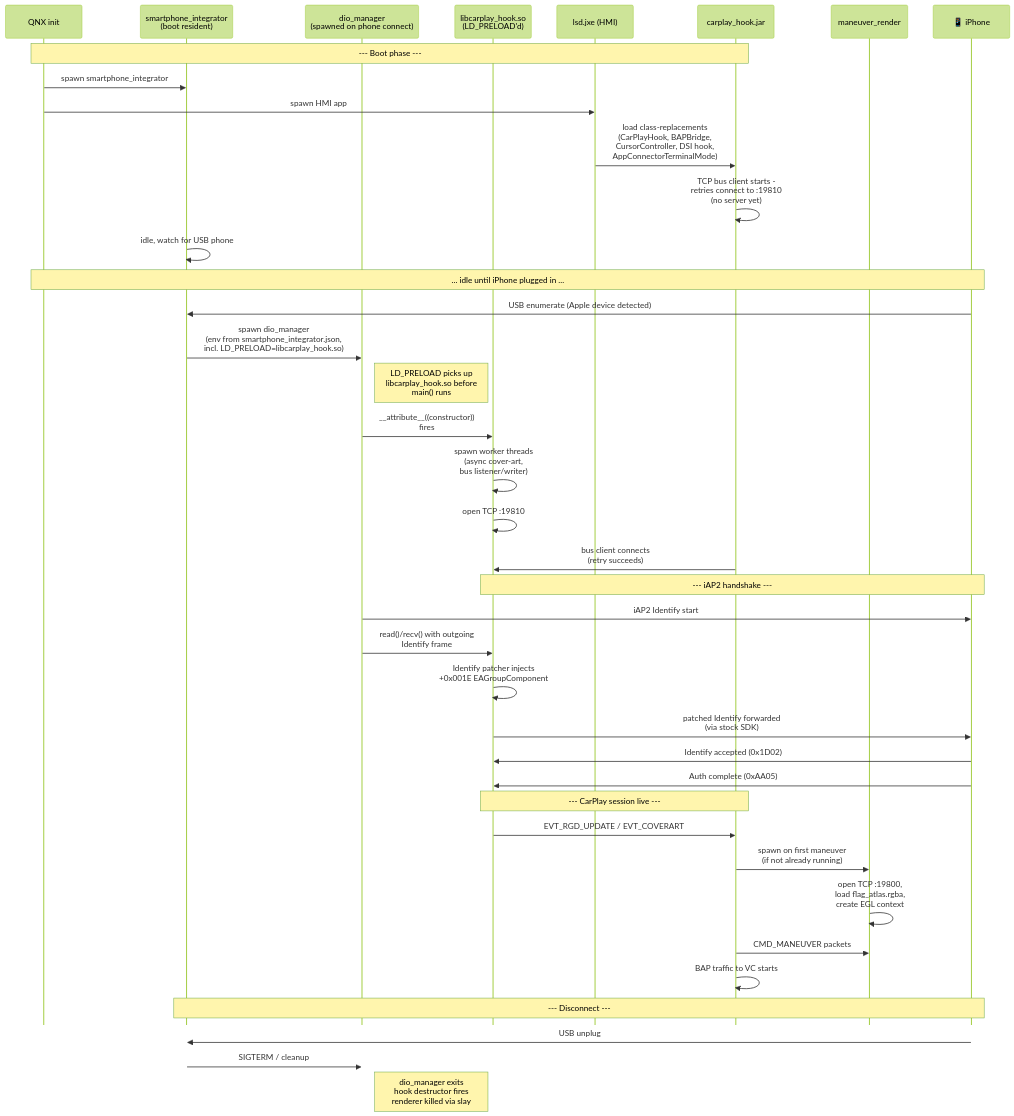
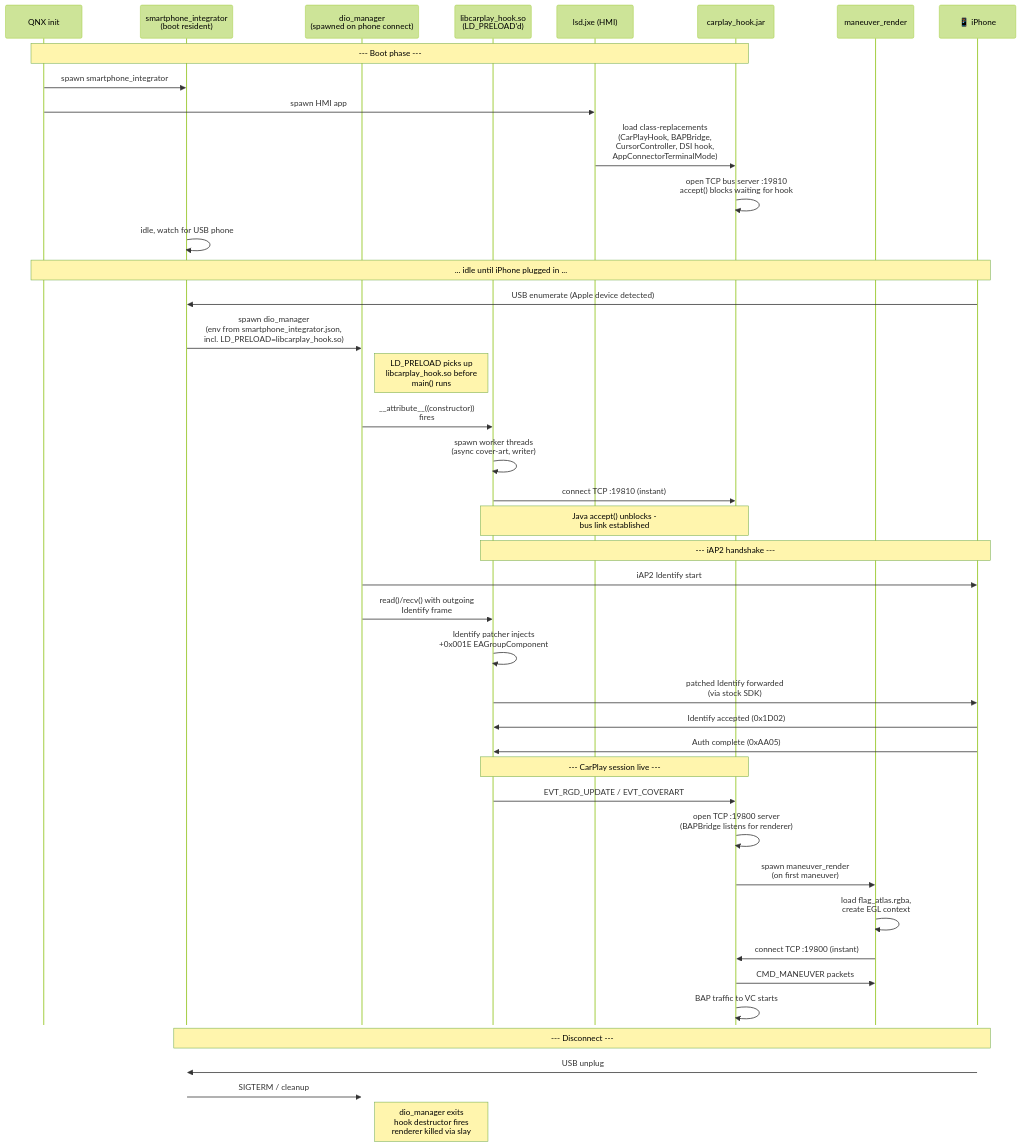
Before and after one commit to luka-dev/mib2q-carplay-rgi: the eighth of 9 diagrams in README.md, drawn with Mermaid (forest theme). The commit also changed other lines of this file and 10 other files, not shown here.

Commit message:
refactor: transition to TCP client architecture for bus communication and implement heartbeat mechanism

````diff
--- a/README.md
+++ b/README.md
@@ -662,50 +687,52 @@
 ```mermaid
 %%{init: {'sequence': {'mirrorActors': false}}}%%
 sequenceDiagram
     participant qnx as QNX init
     participant si as smartphone_integrator<br/>(boot resident)
     participant dio as dio_manager<br/>(spawned on phone connect)
     participant hook as libcarplay_hook.so<br/>(LD_PRELOAD'd)
     participant lsd as lsd.jxe (HMI)
     participant jar as carplay_hook.jar
     participant rend as maneuver_render
     participant ios as 📱 iPhone
 
     Note over qnx,jar: --- Boot phase ---
     qnx->>si: spawn smartphone_integrator
     qnx->>lsd: spawn HMI app
     lsd->>jar: load class-replacements<br/>(CarPlayHook, BAPBridge,<br/>CursorController, DSI hook,<br/>AppConnectorTerminalMode)
-    jar->>jar: TCP bus client starts -<br/>retries connect to :19810<br/>(no server yet)
+    jar->>jar: open TCP bus server :19810<br/>accept() blocks waiting for hook
     si->>si: idle, watch for USB phone
 
     Note over qnx,ios: ... idle until iPhone plugged in ...
 
     ios->>si: USB enumerate (Apple device detected)
     si->>dio: spawn dio_manager<br/>(env from smartphone_integrator.json,<br/>incl. LD_PRELOAD=libcarplay_hook.so)
     Note right of dio: LD_PRELOAD picks up<br/>libcarplay_hook.so before<br/>main() runs
     dio->>hook: __attribute__((constructor))<br/>fires
-    hook->>hook: spawn worker threads<br/>(async cover-art,<br/>bus listener/writer)
-    hook->>hook: open TCP :19810
-    jar->>hook: bus client connects<br/>(retry succeeds)
+    hook->>hook: spawn worker threads<br/>(async cover-art, writer)
+    hook->>jar: connect TCP :19810 (instant)
+    Note over hook,jar: Java accept() unblocks -<br/>bus link established
 
     Note over hook,ios: --- iAP2 handshake ---
     dio->>ios: iAP2 Identify start
     dio->>hook: read()/recv() with outgoing<br/>Identify frame
     hook->>hook: Identify patcher injects<br/>+0x001E EAGroupComponent
     hook->>ios: patched Identify forwarded<br/>(via stock SDK)
     ios->>hook: Identify accepted (0x1D02)
     ios->>hook: Auth complete (0xAA05)
 
     Note over hook,jar: --- CarPlay session live ---
 
     hook->>jar: EVT_RGD_UPDATE / EVT_COVERART
-    jar->>rend: spawn on first maneuver<br/>(if not already running)
-    rend->>rend: open TCP :19800,<br/>load flag_atlas.rgba,<br/>create EGL context
+    jar->>jar: open TCP :19800 server<br/>(BAPBridge listens for renderer)
+    jar->>rend: spawn maneuver_render<br/>(on first maneuver)
+    rend->>rend: load flag_atlas.rgba,<br/>create EGL context
+    rend->>jar: connect TCP :19800 (instant)
     jar->>rend: CMD_MANEUVER packets
     jar->>jar: BAP traffic to VC starts
 
     Note over si,ios: --- Disconnect ---
     ios->>si: USB unplug
     si->>dio: SIGTERM / cleanup
     Note right of dio: dio_manager exits<br/>hook destructor fires<br/>renderer killed via slay
 ```
````
